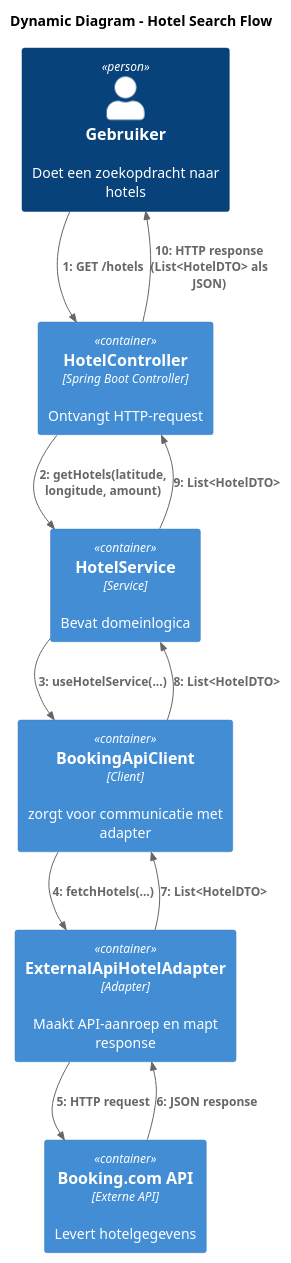
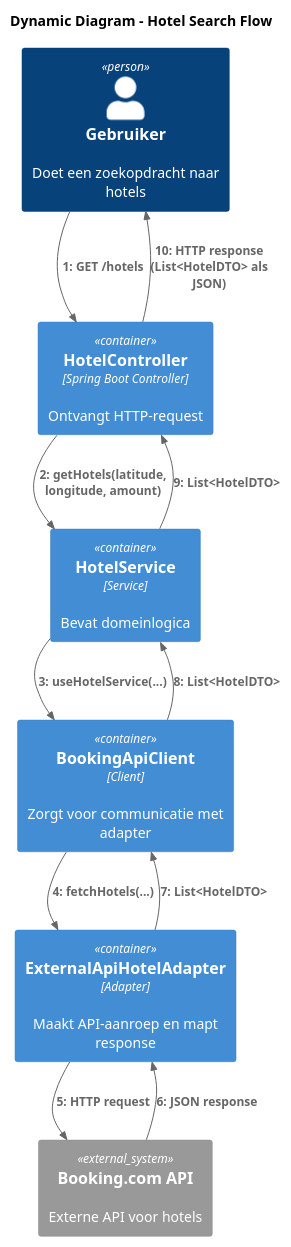
One commit to AIM-ENE-feb25/triptop-groep-3 changed the diagram in opdracht-diagrammen/Ontwerpvraag/C4 OntwerpVraag Tren/DynamicComponentDiagram.puml. Above: the diagram before and after it, drawn with PlantUML. The commit also changed 3 other files, not shown here.

```diff
--- a/opdracht-diagrammen/Ontwerpvraag/C4 OntwerpVraag Tren/DynamicComponentDiagram.puml
+++ b/opdracht-diagrammen/Ontwerpvraag/C4 OntwerpVraag Tren/DynamicComponentDiagram.puml
@@ -1,28 +1,28 @@
 @startuml
 !include https://raw.githubusercontent.com/plantuml-stdlib/C4-PlantUML/master/C4_Dynamic.puml
 
 title Dynamic Diagram – Hotel Search Flow
 
 ' Actor
 Person(user, "Gebruiker", "Doet een zoekopdracht naar hotels")
 
 ' Containers
 Container(hotelController, "HotelController", "Spring Boot Controller", "Ontvangt HTTP-request")
 Container(hotelService, "HotelService", "Service", "Bevat domeinlogica")
-Container(apiClient, "BookingApiClient", "Client", "zorgt voor communicatie met adapter")
+Container(apiClient, "BookingApiClient", "Client", "Zorgt voor communicatie met adapter")
 Container(adapter, "ExternalApiHotelAdapter", "Adapter", "Maakt API-aanroep en mapt response")
-Container(bookingApi, "Booking.com API", "Externe API", "Levert hotelgegevens")
+System_Ext(bookingApi, "Booking.com API", "Externe API voor hotels")
 
 ' Interacties
 Rel(user, hotelController, "GET /hotels")
 Rel(hotelController, hotelService, "getHotels(latitude, longitude, amount)")
 Rel(hotelService, apiClient, "useHotelService(...)")
 Rel(apiClient, adapter, "fetchHotels(...)")
 Rel(adapter, bookingApi, "HTTP request")
 Rel(bookingApi, adapter, "JSON response")
 Rel(adapter, apiClient, "List<HotelDTO>")
 Rel(apiClient, hotelService, "List<HotelDTO>")
 Rel(hotelService, hotelController, "List<HotelDTO>")
 Rel(hotelController, user, "HTTP response (List<HotelDTO> als JSON)")
 
 @enduml
```
